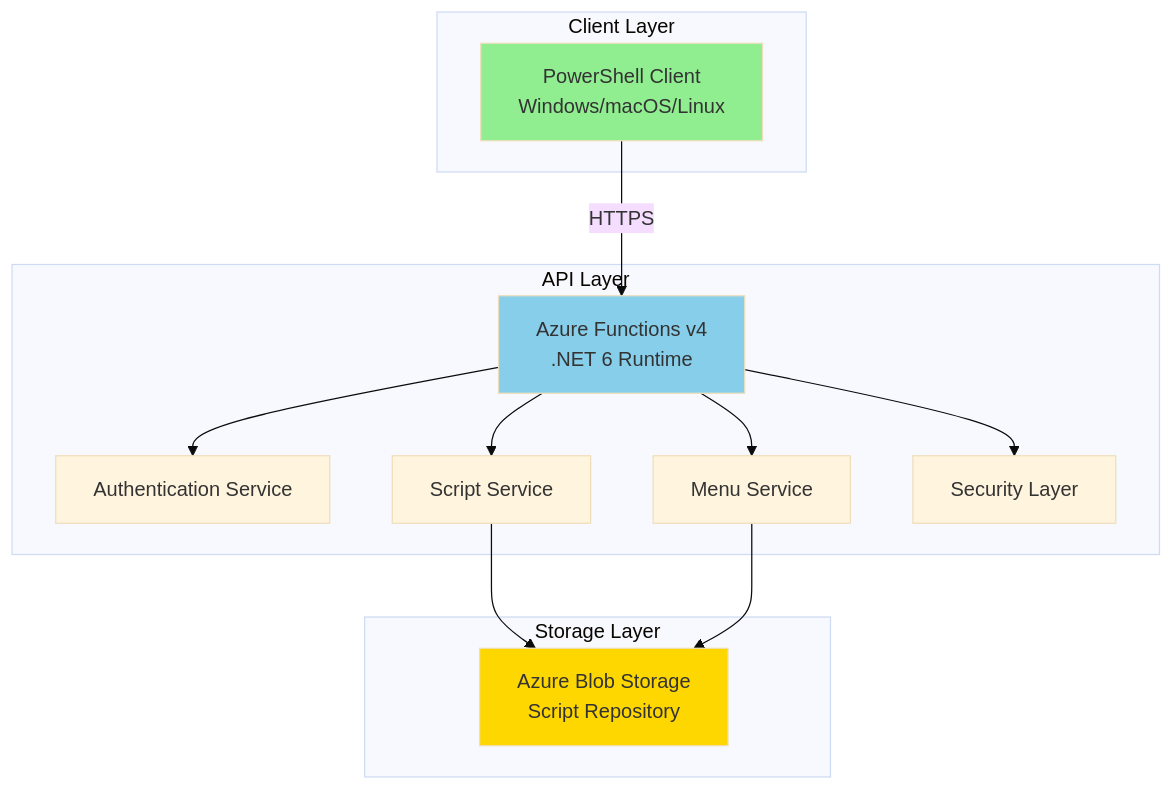
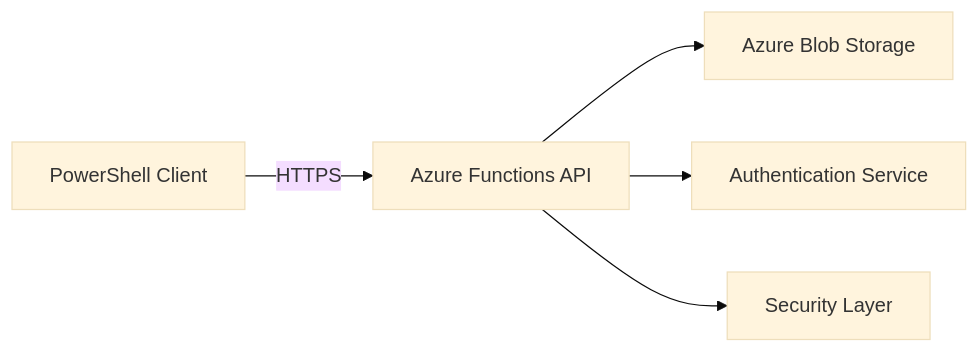
One commit to bdrogja/InvokeHub changed the diagram in README.md. Above: the diagram before and after it, drawn with Mermaid (base theme). The commit also changed other lines of this file and 12 other files, not shown here.

````diff
--- a/README.md
+++ b/README.md
@@ -127,30 +69,7 @@
 ```mermaid
-graph TB
-    subgraph "Client Layer"
-        A[PowerShell Client<br/>Windows/macOS/Linux]
-    end
-    
-    subgraph "API Layer"
-        B[Azure Functions v4<br/>.NET 6 Runtime]
-        C[Authentication Service]
-        D[Script Service]
-        E[Menu Service]
-        F[Security Layer]
-    end
-    
-    subgraph "Storage Layer"
-        G[Azure Blob Storage<br/>Script Repository]
-    end
-    
-    A -->|HTTPS| B
-    B --> C
-    B --> D
-    B --> E
-    B --> F
-    D --> G
-    E --> G
-    
-    style A fill:#90EE90
-    style B fill:#87CEEB
-    style G fill:#FFD700
+graph LR
+    A[PowerShell Client] -->|HTTPS| B[Azure Functions API]
+    B --> C[Azure Blob Storage]
+    B --> D[Authentication Service]
+    B --> E[Security Layer]
 ```
````
